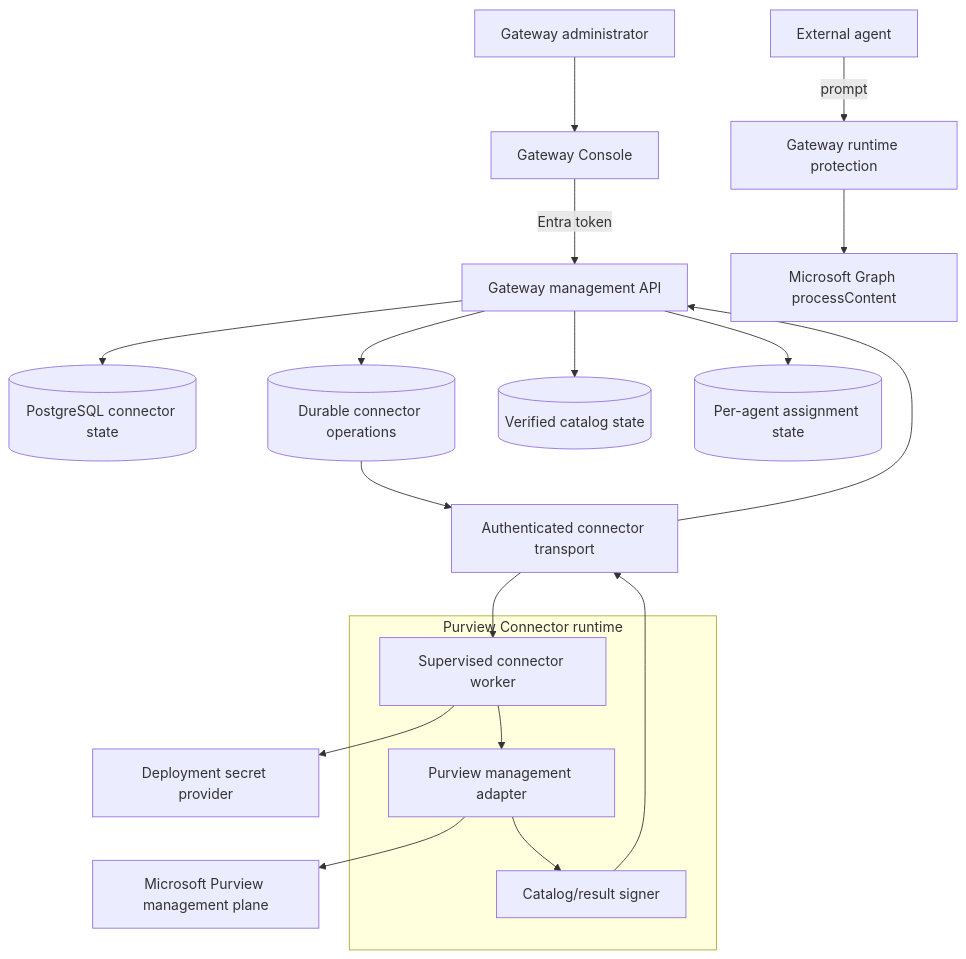
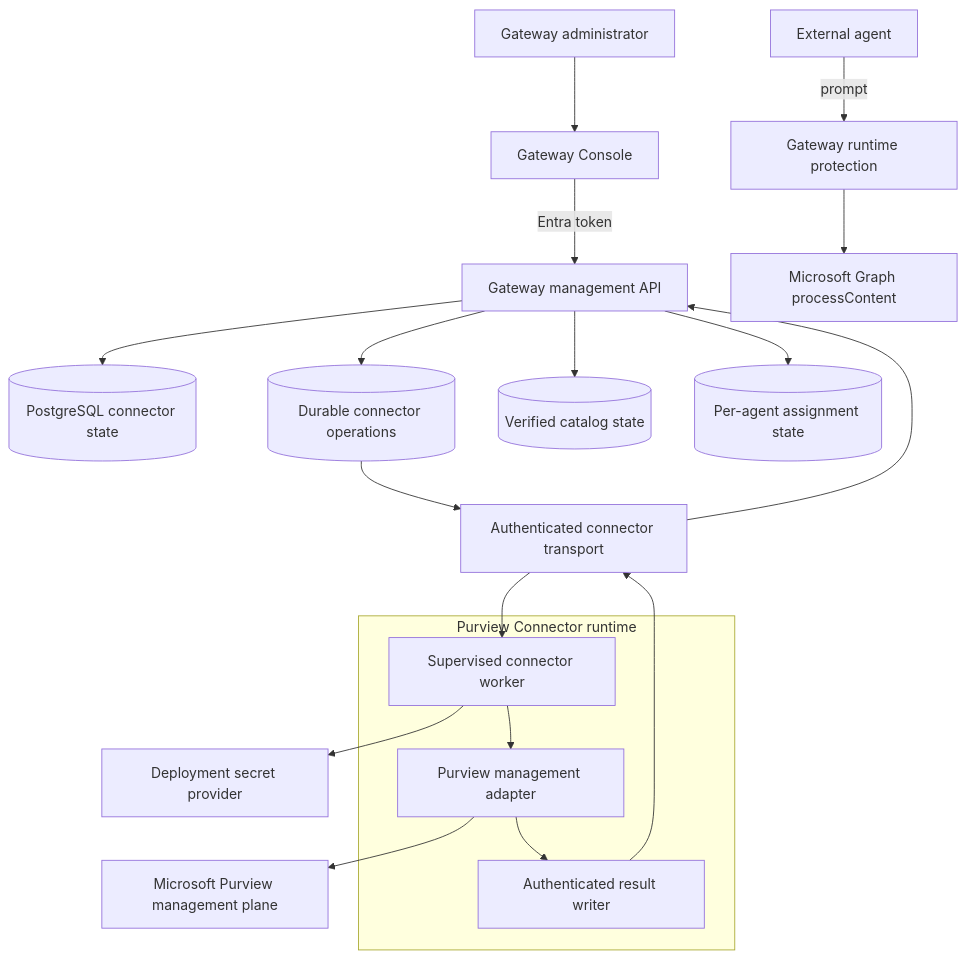
The second of 4 diagrams in SPEC-VNEXT.md (patrick-shim/a365-custom-gateway), drawn with Mermaid before and after one commit. The commit also changed other lines of this file and 77 other files, not shown here.

````diff
--- a/SPEC-VNEXT.md
+++ b/SPEC-VNEXT.md
@@ -140,27 +259,27 @@
 ```mermaid
 flowchart TB
     Admin[Gateway administrator] --> Console[Gateway Console]
     Console -->|Entra token| API[Gateway management API]
     API --> State[(PostgreSQL connector state)]
     API --> Ops[(Durable connector operations)]
     Ops --> Transport[Authenticated connector transport]
 
     subgraph ConnectorRuntime[Purview Connector runtime]
         Runner[Supervised connector worker]
         Adapter[Purview management adapter]
-        Signer[Catalog/result signer]
+        Signer[Authenticated result writer]
     end
 
     Transport --> Runner
     Runner --> Secrets[Deployment secret provider]
     Runner --> Adapter
     Adapter --> Purview[Microsoft Purview management plane]
     Adapter --> Signer
     Signer --> Transport
     Transport --> API
 
     API --> Catalog[(Verified catalog state)]
     API --> Assignments[(Per-agent assignment state)]
     Agent[External agent] -->|prompt| Runtime[Gateway runtime protection]
     Runtime --> Graph[Microsoft Graph processContent]
 ```
````
